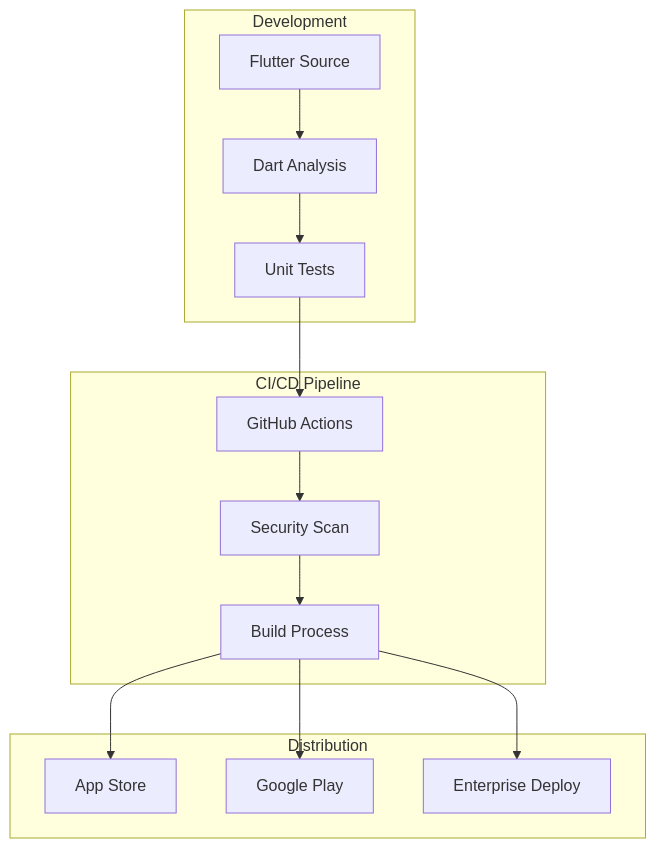
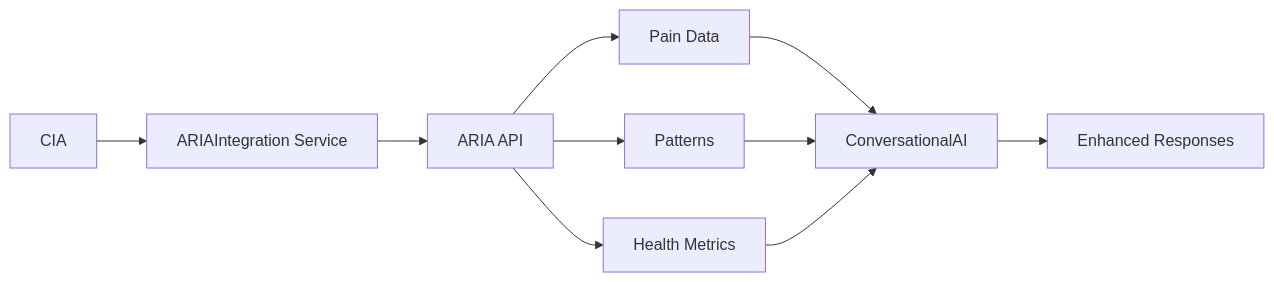
One commit to arkalia-luna-system/arkalia-cia changed the seventh of 9 diagrams in docs/ARCHITECTURE.md. Above: the diagram before and after it, drawn with Mermaid. The commit also changed other lines of this file and 32 other files, not shown here.

````diff
--- a/docs/ARCHITECTURE.md
+++ b/docs/ARCHITECTURE.md
@@ -306,29 +320,12 @@
 ```mermaid
-graph TB
-    subgraph "Development"
-        A[Flutter Source]
-        B[Dart Analysis]
-        C[Unit Tests]
-    end
-
-    subgraph "CI/CD Pipeline"
-        D[GitHub Actions]
-        E[Security Scan]
-        F[Build Process]
-    end
-
-    subgraph "Distribution"
-        G[App Store]
-        H[Google Play]
-        I[Enterprise Deploy]
-    end
-
-    A --> B
-    B --> C
-    C --> D
-    D --> E
-    E --> F
+graph LR
+    A[CIA] --> B[ARIAIntegration Service]
+    B --> C[ARIA API]
+    C --> D[Pain Data]
+    C --> E[Patterns]
+    C --> F[Health Metrics]
+    D --> G[ConversationalAI]
+    E --> G
     F --> G
-    F --> H
-    F --> I
+    G --> H[Enhanced Responses]
 ```
````
